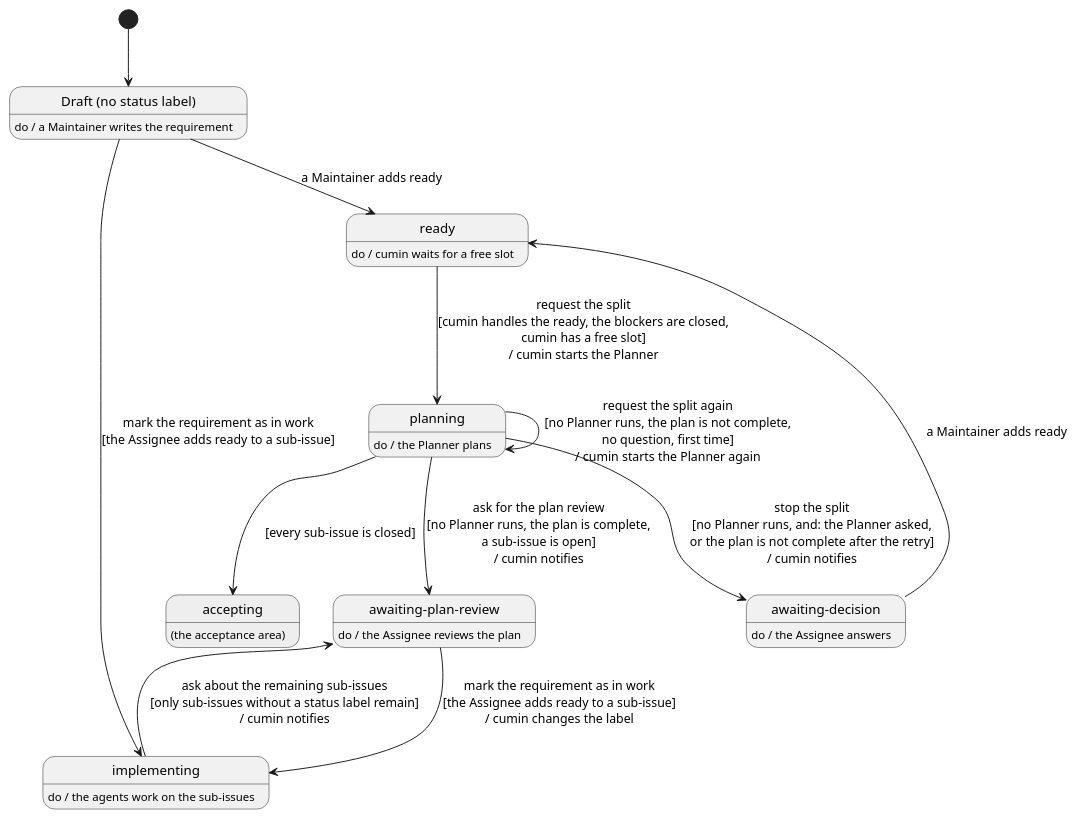
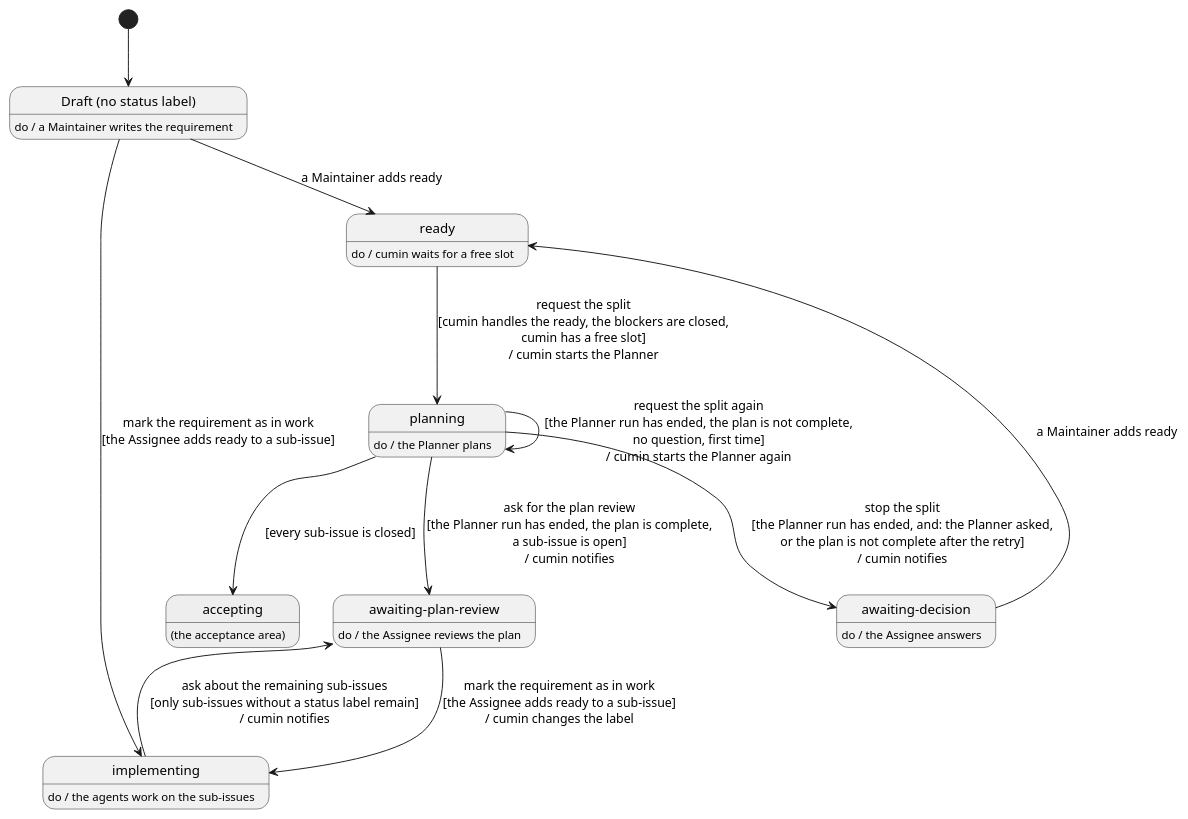
The diagram in docs/ja/requirements/plan/overview.puml (cloveclovedev/cumin-works), drawn with PlantUML before and after one commit. The commit also changed 21 other files, not shown here.

First line of the commit message:
docs(requirements): revise IMPL and state permission checks and ended runs plainly

```diff
--- a/docs/ja/requirements/plan/overview.puml
+++ b/docs/ja/requirements/plan/overview.puml
@@ -1,42 +1,42 @@
 @startuml overview
 ' cumin-works - the states of a requirement issue in the plan.
 ' A state is a label on GitHub, written without "cumin/status/". "do /" says who works in the state.
 ' A transition is written: action [guard] / what cumin does.
 ' Render: run scripts/render-diagrams.sh at the root of the repository.
 
 hide empty description
 
 state "Draft (no status label)" as Draft
 Draft : do / a Maintainer writes the requirement
 
 state "ready" as Ready
 Ready : do / cumin waits for a free slot
 
 state "planning" as Planning
 Planning : do / the Planner plans
 
 state "awaiting-plan-review" as PlanReview
 PlanReview : do / the Assignee reviews the plan
 
 state "implementing" as Implementing
 Implementing : do / the agents work on the sub-issues
 
 state "awaiting-decision" as Decision
 Decision : do / the Assignee answers
 
 state "accepting" as Accepting #EEEEEE
 Accepting : (the acceptance area)
 
 [*] --> Draft
 Draft --> Ready : a Maintainer adds ready
 Ready --> Planning : request the split\n[cumin handles the ready, the blockers are closed,\ncumin has a free slot]\n/ cumin starts the Planner
-Planning --> PlanReview : ask for the plan review\n[no Planner runs, the plan is complete,\na sub-issue is open]\n/ cumin notifies
-Planning --> Planning : request the split again\n[no Planner runs, the plan is not complete,\nno question, first time]\n/ cumin starts the Planner again
-Planning --> Decision : stop the split\n[no Planner runs, and: the Planner asked,\nor the plan is not complete after the retry]\n/ cumin notifies
+Planning --> PlanReview : ask for the plan review\n[the Planner run has ended, the plan is complete,\na sub-issue is open]\n/ cumin notifies
+Planning --> Planning : request the split again\n[the Planner run has ended, the plan is not complete,\nno question, first time]\n/ cumin starts the Planner again
+Planning --> Decision : stop the split\n[the Planner run has ended, and: the Planner asked,\nor the plan is not complete after the retry]\n/ cumin notifies
 Planning --> Accepting : [every sub-issue is closed]
 PlanReview --> Implementing : mark the requirement as in work\n[the Assignee adds ready to a sub-issue]\n/ cumin changes the label
 Draft --> Implementing : mark the requirement as in work\n[the Assignee adds ready to a sub-issue]
 Implementing --> PlanReview : ask about the remaining sub-issues\n[only sub-issues without a status label remain]\n/ cumin notifies
 Decision --> Ready : a Maintainer adds ready
 
 @enduml
```
